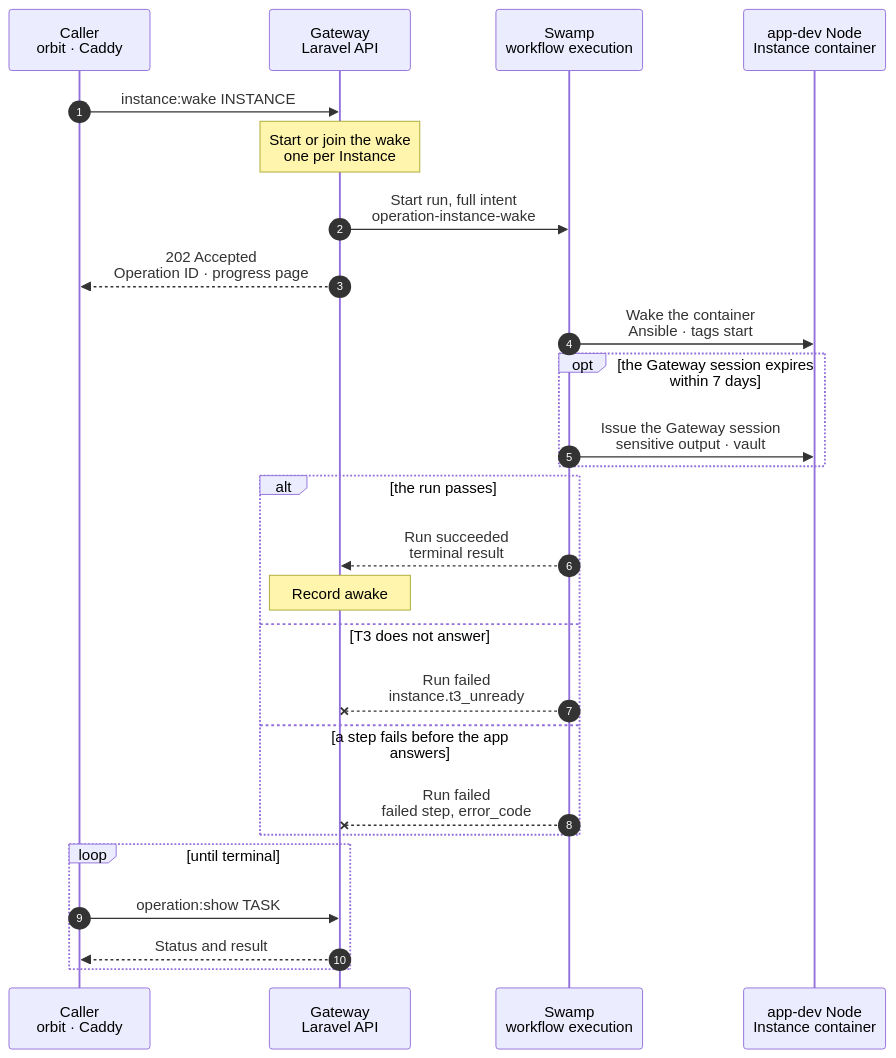
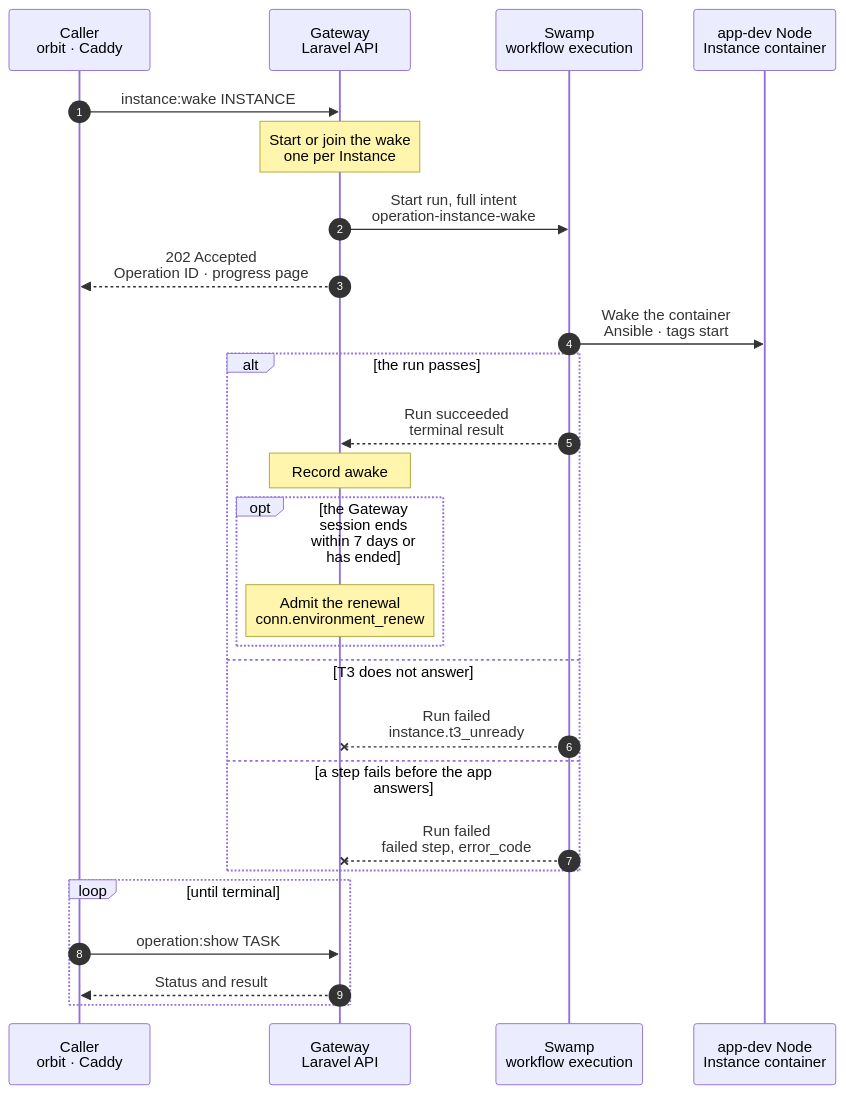
One commit to hardimpactdev/orbit changed the diagram in docs/cli/instance/wake.mmd. Above: the diagram before and after it, drawn with Mermaid. The commit also changed 11 other files, not shown here.

First line of the commit message:
docs(instances): a sleep freezes the container with its memory in swap

```diff
--- a/docs/cli/instance/wake.mmd
+++ b/docs/cli/instance/wake.mmd
@@ -1,82 +1,88 @@
 sequenceDiagram
-  %% Container runtime (ADR 0250 step 8, docs/reference/development-containers.md#sleep-and-wake): start a sleeping development container. A request to its Route admits the same kind through the runtime activation endpoint of docs/reference/app-dev-runtime-hibernation.md#wake.
+  %% Container runtime (ADR 0250 step 8, docs/reference/development-containers.md#sleep-and-wake): resume a sleeping development container, or start one that was stopped. A request to its Route admits the same kind through the runtime activation endpoint of docs/reference/app-dev-runtime-hibernation.md#wake.
   %% status: draft
   %% command: instance:wake
   %% kind: instance.wake
   autonumber
   %% lane CL icon=terminal pill=caller tone=gray
   %% lane GW icon=gateway pill=intent tone=blue
   %% lane SW icon=workflow pill=executes tone=green
   %% lane N icon=server pill=target tone=amber
   participant CL as Caller<br/>orbit · Caddy
   participant GW as Gateway<br/>Laravel API
   participant SW as Swamp<br/>workflow execution
   participant N as app-dev Node<br/>Instance container
   CL->>GW: instance:wake INSTANCE
   %%> Command:
   %%> - `orbit instance:wake INSTANCE`
   %%> - syntax: `<instance-id> [--json]`
   %%> Callers:
   %%> - the command
   %%> - Caddy on the Instance's Node, when a request finds the asleep marker: `GET runtime-activations/app-instance/ID`
   %%> - planned: a Conn device that opens the T3 server, and the task flow before a turn on an attached Instance
   %%> - a deployment of a sleeping default starts it in its own run instead
   %%> Requirements:
   %%> - the caller is the Instance's Node or has node access to it
   Note over GW: Start or join the wake<br/>one per Instance
   %%> When:
   %%> - an active development container that is not a nested-fleet Instance
   %%> Result:
   %%> - an open wake of the Instance is joined: a second caller gets the same Operation, Caddy the same progress page
   %%> - after a failed wake, Caddy gets the failure page with Try again until a retry or the command starts a new wake
   %%> On failure:
   %%> - no container, a nested-fleet Instance or other lifecycle work starts no run
   GW->>SW: Start run, full intent<br/>operation-instance-wake
   GW-->>CL: 202 Accepted<br/>Operation ID · progress page
   SW->>N: Wake the container<br/>Ansible · tags start
   %%> What it does:
-  %%> - `incus start`; nftables, T3, FrankenPHP and the enabled Process units start with the container
+  %%> - Frozen: `incus resume`, `memory.swap.max` back to 0, FrankenPHP gets 10 tries 1 s apart; nothing boots and nothing converges, `wake: resumed`
+  %%> - Frozen and FrankenPHP silent: `incus stop --force`, then the boot below, `wake: restarted_after_resume`
+  %%> - Stopped (after a host reboot or a sleep that fell back to a stop): the boot below, `wake: started`
+  %%> - Running (after a reboot with `boot.autostart`): no start and no resume, `wake: already_running`
+  %%> - a Frozen container without the marker is resumed; the result says `marker_found: false`
+  %%> - boot: `incus start`; nftables, T3, FrankenPHP and the enabled Process units start with the container
   %%> - waits until each desired-running unit is active, then until FrankenPHP answers, else `instance.web_unready`
   %%> - a 5xx answer gets up to 5 s to clear; an app that answers 5xx by itself is then served as it is
   %%> - removes the asleep marker, so Caddy sends the next request to the app
   %%> - then waits up to 30 s for T3's environment endpoint in a clone, else `instance.t3_unready`
   %%> Why:
   %%> - one playbook: a second Ansible start costs about 4 s on the visitor's path
   %%> - the visitor waits for the app, not for T3; T3 gates only the Operation's end
   %%> - unit enablement holds each Process's desired state, so a stopped Process stays stopped
   %%> When:
   %%> - the marker part runs only in a start whose intent names the marker; a deployment's start has none
-  opt the Gateway session expires within 7 days
-    SW->>N: Issue the Gateway session<br/>sensitive output · vault
-    %%> When:
-    %%> - planned; until then the hourly renewal renews the session after the wake
-    %%> What it does:
-    %%> - see conn/environment-renew.mmd
-  end
   alt the run passes
     %% path: main
     SW-->>GW: Run succeeded<br/>terminal result
     Note over GW: Record awake
     %%> Result:
     %%> - the runtime's `power_state` is `running`; the Conn layer shows the T3 server awake
+    %%> - the result names the path, `marker_found`, and a resume's `resume_seconds` and `web_probe_seconds`
     %%> - the progress page loads the original path
+    opt the Gateway session ends within 7 days or has ended
+      Note over GW: Admit the renewal<br/>conn.environment_renew
+      %%> When:
+      %%> - after the wake's transaction; it never fails the wake
+      %%> What it does:
+      %%> - see conn/environment-renew.mmd; the run needs no old session, so a session that ended during the sleep renews too
+    end
   else T3 does not answer
     %% path: t3-unready
     SW--xGW: Run failed<br/>instance.t3_unready
     %%> Result:
     %%> - the Operation fails; the marker is gone and the Route serves the app
     %%> - the runtime's `power_state` is `running`, because the container runs
     %%> Retry:
     %%> - the same command; a start of a running container changes nothing
   else a step fails before the app answers
     %% path: failed
     SW--xGW: Run failed<br/>failed step, error_code
     %%> Result:
     %%> - the asleep marker stays; the Route shows the failure page with Try again
     %%> Retry:
     %%> - Try again or the same command; a start of a running container changes nothing
   end
   loop until terminal
     CL->>GW: operation:show TASK
     GW-->>CL: Status and result
   end
```
